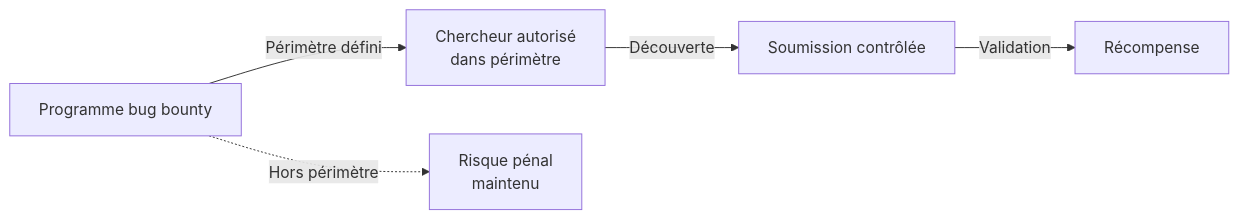
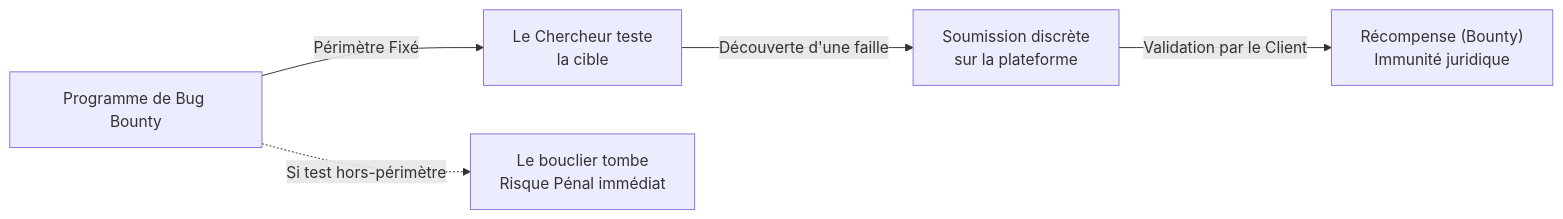
Before and after one commit to zyrass/omnydocs: the second of 2 diagrams in docs/cursus-forensic/01-cycle-0-fondations/module-1-legislation/12-affaire-kitetoa.md, drawn with Mermaid. The commit also changed other lines of this file and 171 other files, not shown here.

````diff
--- a/docs/cursus-forensic/01-cycle-0-fondations/module-1-legislation/12-affaire-kitetoa.md
+++ b/docs/cursus-forensic/01-cycle-0-fondations/module-1-legislation/12-affaire-kitetoa.md
@@ -178,7 +147,7 @@
 ```mermaid
 flowchart LR
-    A[Programme bug bounty] -->|Périmètre défini| B[Chercheur autorisé<br>dans périmètre]
-    B -->|Découverte| C[Soumission contrôlée]
-    C -->|Validation| D[Récompense]
-    A -.->|Hors périmètre| E[Risque pénal<br>maintenu]
+    A["Programme de Bug Bounty"] -->|"Périmètre Fixé"| B["Le Chercheur teste<br>la cible"]
+    B -->|"Découverte d'une faille"| C["Soumission discrète<br>sur la plateforme"]
+    C -->|"Validation par le Client"| D["Récompense (Bounty)<br>Immunité juridique"]
+    A -.->|"Si test hors-périmètre"| E["Le bouclier tombe<br>Risque Pénal immédiat"]
 ```
````
